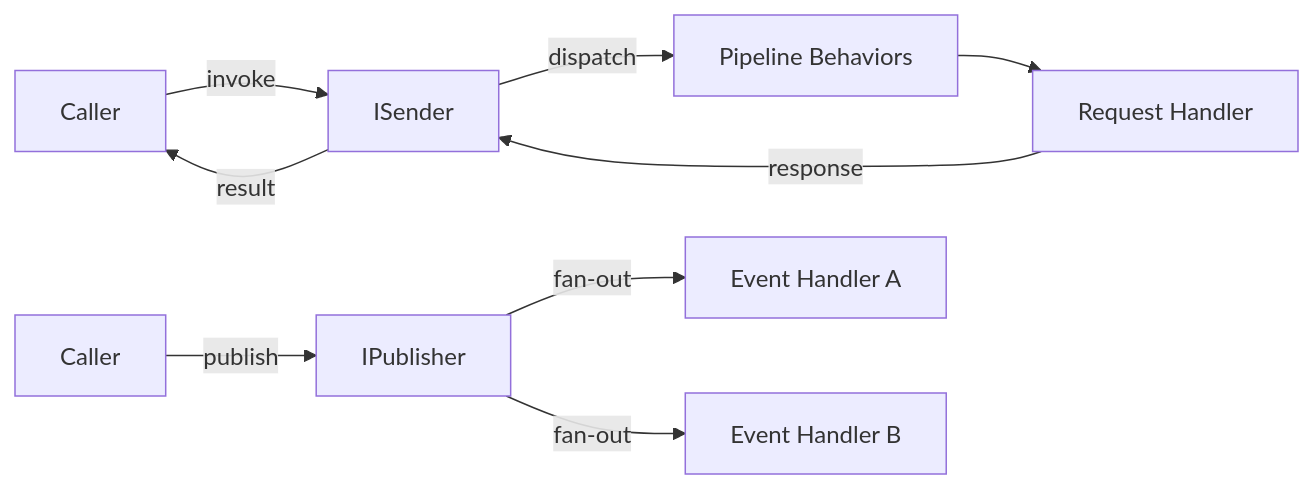
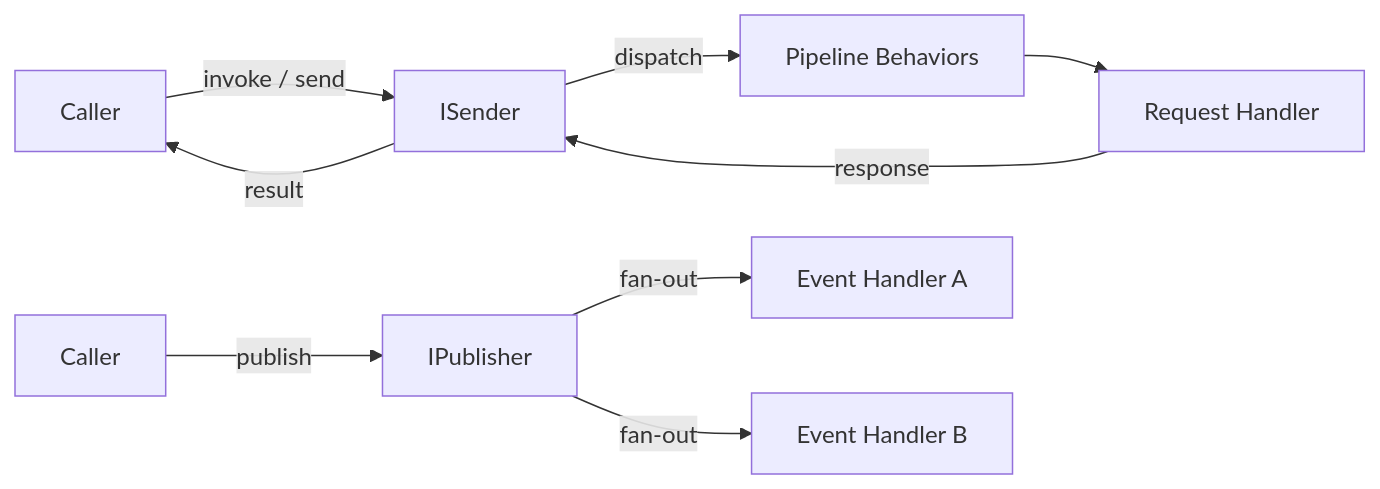
Before and after one commit to waku-py/waku: the diagram in docs/features/messaging/index.md, drawn with Mermaid. The commit also changed other lines of this file and 4 other files, not shown here.

````diff
--- a/docs/features/messaging/index.md
+++ b/docs/features/messaging/index.md
@@ -25,12 +27,12 @@
 ```mermaid
 graph LR
-    Caller -->|invoke| ISender
+    Caller -->|invoke / send| ISender
     ISender -->|dispatch| Pipeline[Pipeline Behaviors]
     Pipeline --> Handler[Request Handler]
     Handler -->|response| ISender
     ISender -->|result| Caller
 
     Caller2[Caller] -->|publish| IPublisher
     IPublisher -->|fan-out| H1[Event Handler A]
     IPublisher -->|fan-out| H2[Event Handler B]
 ```
````
